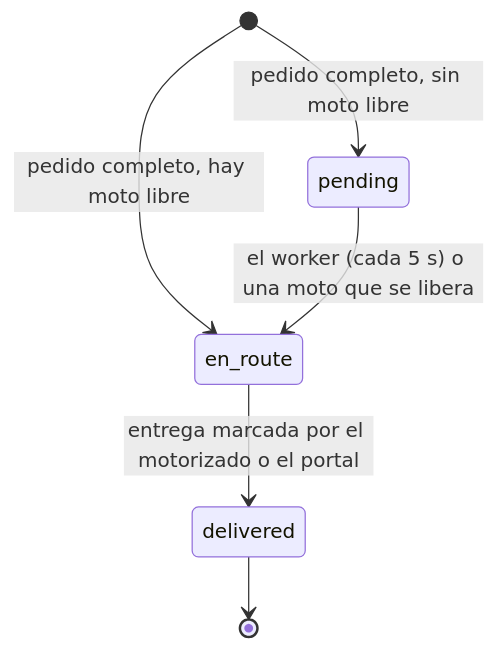
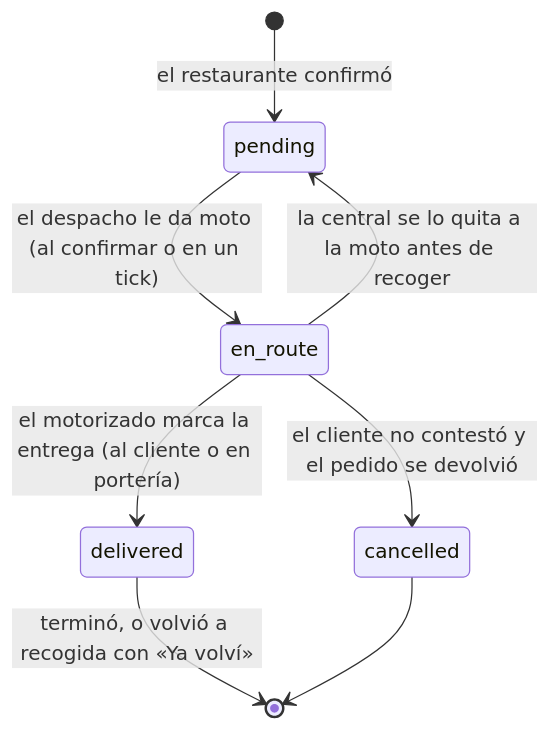
One commit to clapi-labs/clapi-dispatch changed the sixth of 7 diagrams in docs/INFRAESTRUCTURA.md. Above: the diagram before and after it, drawn with Mermaid. The commit also changed other lines of this file and 14 other files, not shown here.

````diff
--- a/docs/INFRAESTRUCTURA.md
+++ b/docs/INFRAESTRUCTURA.md
@@ -239,8 +251,10 @@
 ```mermaid
 stateDiagram-v2
-    [*] --> pending: pedido completo, sin moto libre
-    [*] --> en_route: pedido completo, hay moto libre
-    pending --> en_route: el worker (cada 5 s) o una moto que se libera
-    en_route --> delivered: entrega marcada por el motorizado o el portal
-    delivered --> [*]
+    [*] --> pending: el restaurante confirmó
+    pending --> en_route: el despacho le da moto (al confirmar o en un tick)
+    en_route --> pending: la central se lo quita a la moto antes de recoger
+    en_route --> delivered: el motorizado marca la entrega (al cliente o en portería)
+    en_route --> cancelled: el cliente no contestó y el pedido se devolvió
+    delivered --> [*]: terminó, o volvió a recogida con «Ya volví»
+    cancelled --> [*]
 ```
````
